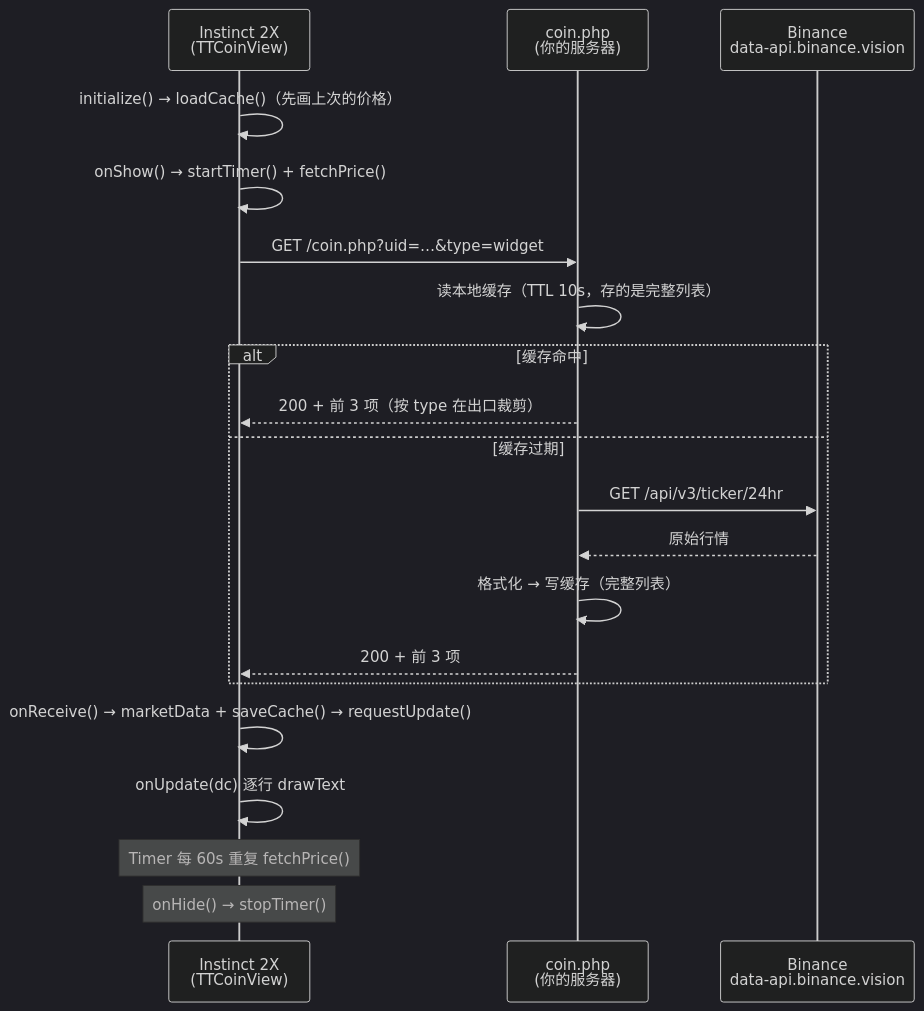
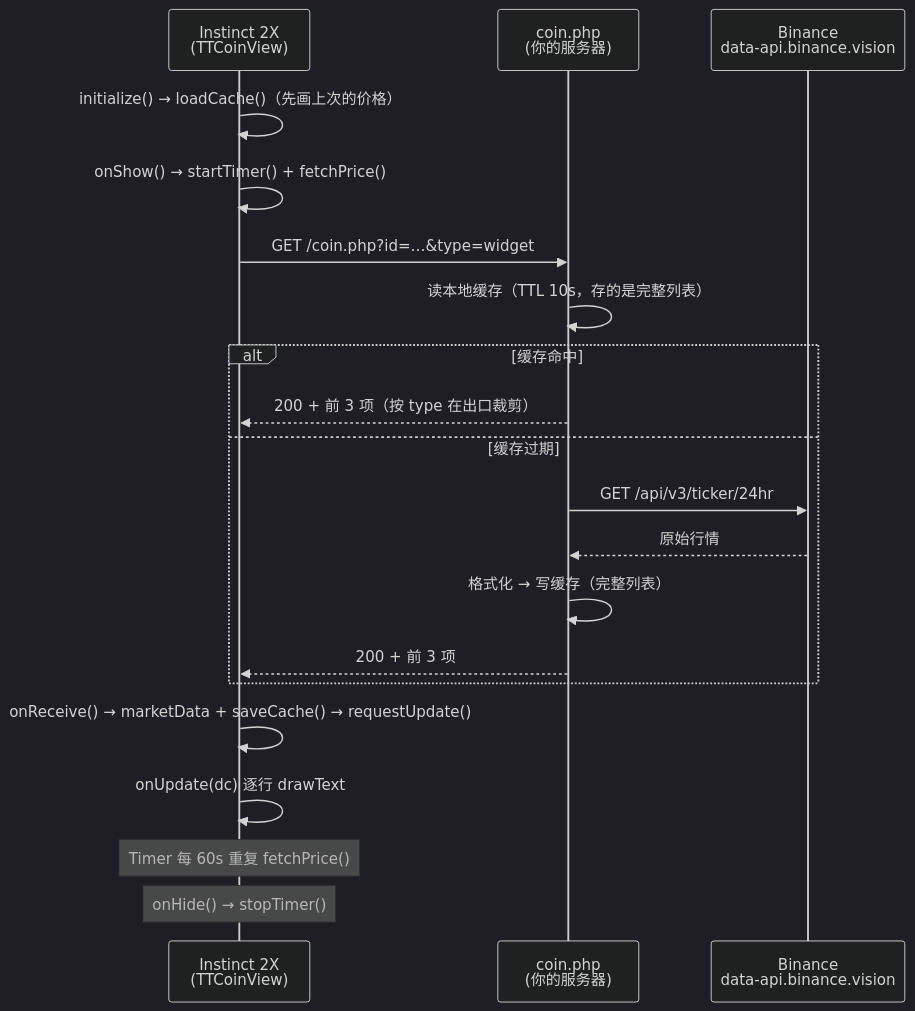
The diagram in README.md (hh1949tt/TTCoin_Widget), drawn with Mermaid (dark theme) before and after one commit. The commit also changed other lines of this file, not shown here.

First line of the commit message:
docs: 请求参数说明从 ?uid= 改为 ?id=（自动生成的设备标识）

````diff
--- a/README.md
+++ b/README.md
@@ -105,23 +105,23 @@
 ```mermaid
 sequenceDiagram
     participant W as Instinct 2X<br/>(TTCoinView)
     participant P as coin.php<br/>(你的服务器)
     participant B as Binance<br/>data-api.binance.vision
 
     W->>W: initialize() → loadCache()（先画上次的价格）
     W->>W: onShow() → startTimer() + fetchPrice()
-    W->>P: GET /coin.php?uid=…&type=widget
+    W->>P: GET /coin.php?id=…&type=widget
     P->>P: 读本地缓存（TTL 10s，存的是完整列表）
     alt 缓存命中
         P-->>W: 200 + 前 3 项（按 type 在出口裁剪）
     else 缓存过期
         P->>B: GET /api/v3/ticker/24hr
         B-->>P: 原始行情
         P->>P: 格式化 → 写缓存（完整列表）
         P-->>W: 200 + 前 3 项
     end
     W->>W: onReceive() → marketData + saveCache() → requestUpdate()
     W->>W: onUpdate(dc) 逐行 drawText
     Note over W: Timer 每 60s 重复 fetchPrice()
     Note over W: onHide() → stopTimer()
 ```
````
